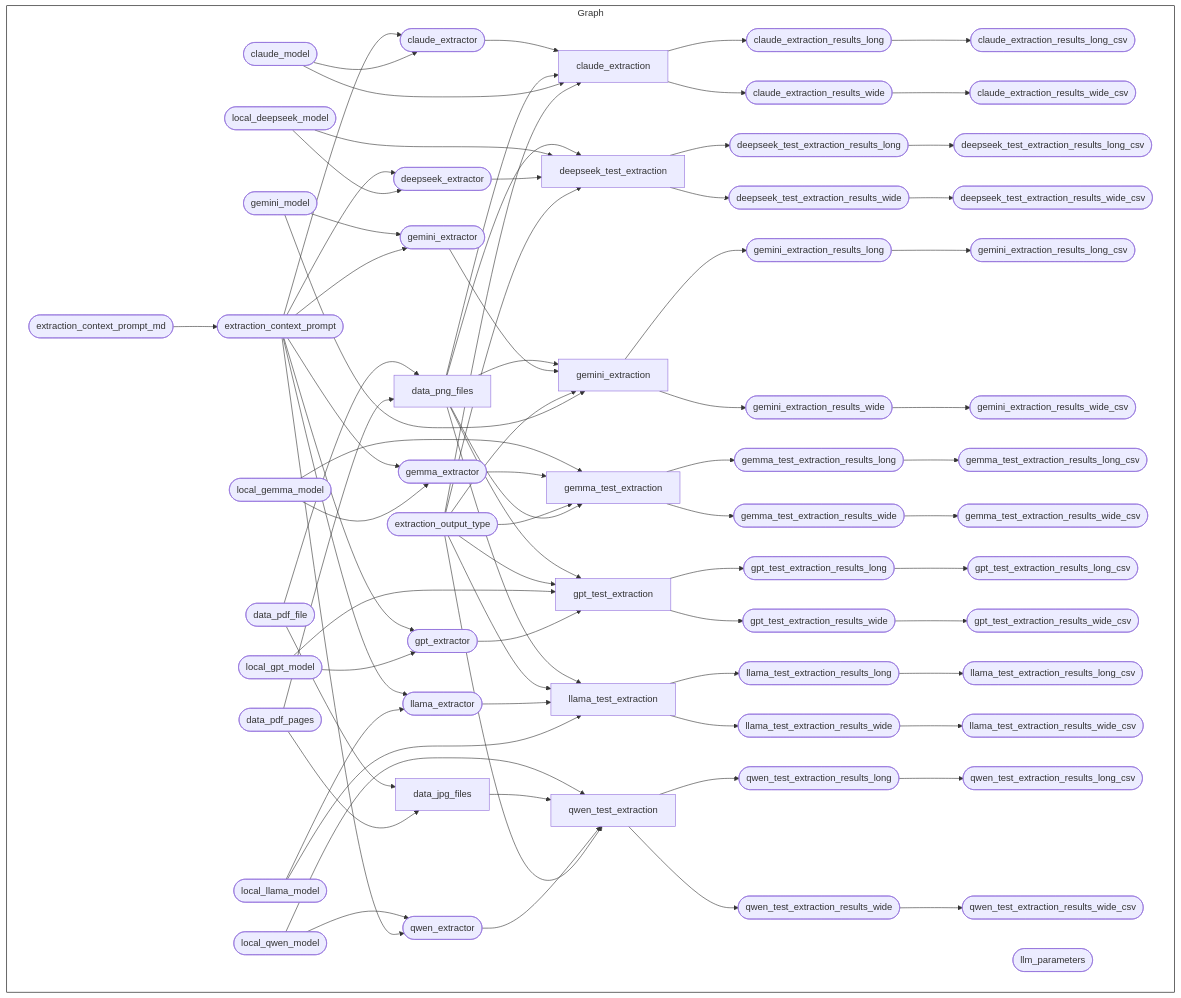
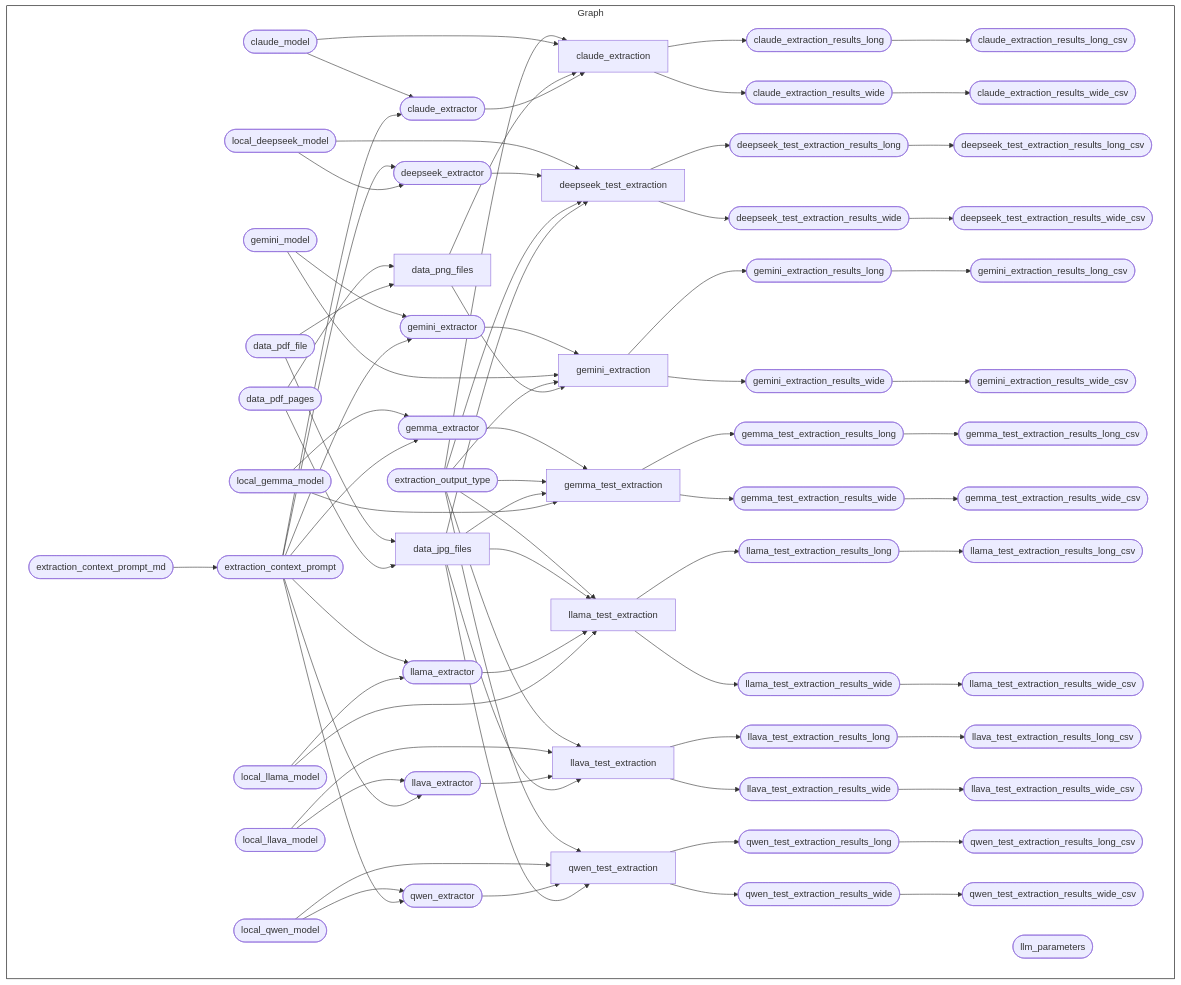
The diagram in README.md (OxfordIHTM/computer-vision-demo), drawn with Mermaid before and after one commit. The commit also changed other lines of this file and 3 other files, not shown here.

```diff
--- a/README.md
+++ b/README.md
@@ -242,66 +243,66 @@
     x2d9238b8268822f3(["claude_extraction_results_wide"]):::queued --> xe433f203ebf8c762(["claude_extraction_results_wide_csv"]):::queued
     x982a35c892e245ee(["extraction_context_prompt"]):::queued --> x35a7fe2b14fea884(["claude_extractor"]):::queued
     x39d4d013227f0dc3(["claude_model"]):::queued --> x35a7fe2b14fea884(["claude_extractor"]):::queued
+    xe79485d2cbaf929c(["data_pdf_pages"]):::skipped --> xcde58b2bce8a2260["data_jpg_files"]:::queued
     xf64c2f26e3ae28ce(["data_pdf_file"]):::skipped --> xcde58b2bce8a2260["data_jpg_files"]:::queued
-    xe79485d2cbaf929c(["data_pdf_pages"]):::skipped --> xcde58b2bce8a2260["data_jpg_files"]:::queued
     xf64c2f26e3ae28ce(["data_pdf_file"]):::skipped --> x6fd840ed377697c4["data_png_files"]:::skipped
     xe79485d2cbaf929c(["data_pdf_pages"]):::skipped --> x6fd840ed377697c4["data_png_files"]:::skipped
+    xb957a37aad5b67c5(["local_deepseek_model"]):::queued --> xf407d53739ed0632(["deepseek_extractor"]):::queued
     x982a35c892e245ee(["extraction_context_prompt"]):::queued --> xf407d53739ed0632(["deepseek_extractor"]):::queued
-    xb957a37aad5b67c5(["local_deepseek_model"]):::queued --> xf407d53739ed0632(["deepseek_extractor"]):::queued
-    x6fd840ed377697c4["data_png_files"]:::skipped --> xe59d676cc895fc8f["deepseek_test_extraction"]:::queued
+    xcde58b2bce8a2260["data_jpg_files"]:::queued --> xe59d676cc895fc8f["deepseek_test_extraction"]:::queued
+    x487a49d42720222c(["extraction_output_type"]):::queued --> xe59d676cc895fc8f["deepseek_test_extraction"]:::queued
+    xf407d53739ed0632(["deepseek_extractor"]):::queued --> xe59d676cc895fc8f["deepseek_test_extraction"]:::queued
     xb957a37aad5b67c5(["local_deepseek_model"]):::queued --> xe59d676cc895fc8f["deepseek_test_extraction"]:::queued
-    xf407d53739ed0632(["deepseek_extractor"]):::queued --> xe59d676cc895fc8f["deepseek_test_extraction"]:::queued
-    x487a49d42720222c(["extraction_output_type"]):::queued --> xe59d676cc895fc8f["deepseek_test_extraction"]:::queued
     xe59d676cc895fc8f["deepseek_test_extraction"]:::queued --> x6c665d10c6870385(["deepseek_test_extraction_results_long"]):::queued
     x6c665d10c6870385(["deepseek_test_extraction_results_long"]):::queued --> x30ec6b0f291bd945(["deepseek_test_extraction_results_long_csv"]):::queued
     xe59d676cc895fc8f["deepseek_test_extraction"]:::queued --> xa451048dda449ee3(["deepseek_test_extraction_results_wide"]):::queued
     xa451048dda449ee3(["deepseek_test_extraction_results_wide"]):::queued --> x4225704dcf8d5b90(["deepseek_test_extraction_results_wide_csv"]):::queued
     xa765f8be0f1473b7(["extraction_context_prompt_md"]):::queued --> x982a35c892e245ee(["extraction_context_prompt"]):::queued
     x6fd840ed377697c4["data_png_files"]:::skipped --> xd63226de7dd05e61["gemini_extraction"]:::queued
-    x8cb7c7e0b9710ea2(["gemini_extractor"]):::queued --> xd63226de7dd05e61["gemini_extraction"]:::queued
     x487a49d42720222c(["extraction_output_type"]):::queued --> xd63226de7dd05e61["gemini_extraction"]:::queued
     x672b0658cd7f304b(["gemini_model"]):::queued --> xd63226de7dd05e61["gemini_extraction"]:::queued
+    x8cb7c7e0b9710ea2(["gemini_extractor"]):::queued --> xd63226de7dd05e61["gemini_extraction"]:::queued
     xd63226de7dd05e61["gemini_extraction"]:::queued --> x74163c06113c69a6(["gemini_extraction_results_long"]):::queued
     x74163c06113c69a6(["gemini_extraction_results_long"]):::queued --> xe689a9e1837e69cd(["gemini_extraction_results_long_csv"]):::queued
     xd63226de7dd05e61["gemini_extraction"]:::queued --> x42136a1fb4ba6630(["gemini_extraction_results_wide"]):::queued
     x42136a1fb4ba6630(["gemini_extraction_results_wide"]):::queued --> xdc3f4afed08325fd(["gemini_extraction_results_wide_csv"]):::queued
+    x982a35c892e245ee(["extraction_context_prompt"]):::queued --> x8cb7c7e0b9710ea2(["gemini_extractor"]):::queued
     x672b0658cd7f304b(["gemini_model"]):::queued --> x8cb7c7e0b9710ea2(["gemini_extractor"]):::queued
-    x982a35c892e245ee(["extraction_context_prompt"]):::queued --> x8cb7c7e0b9710ea2(["gemini_extractor"]):::queued
     x982a35c892e245ee(["extraction_context_prompt"]):::queued --> xbdacf1efe57d11ba(["gemma_extractor"]):::queued
     xba597cd142706396(["local_gemma_model"]):::queued --> xbdacf1efe57d11ba(["gemma_extractor"]):::queued
     xba597cd142706396(["local_gemma_model"]):::queued --> x883eafa12b623704["gemma_test_extraction"]:::queued
+    xcde58b2bce8a2260["data_jpg_files"]:::queued --> x883eafa12b623704["gemma_test_extraction"]:::queued
+    x487a49d42720222c(["extraction_output_type"]):::queued --> x883eafa12b623704["gemma_test_extraction"]:::queued
     xbdacf1efe57d11ba(["gemma_extractor"]):::queued --> x883eafa12b623704["gemma_test_extraction"]:::queued
-    x487a49d42720222c(["extraction_output_type"]):::queued --> x883eafa12b623704["gemma_test_extraction"]:::queued
-    x6fd840ed377697c4["data_png_files"]:::skipped --> x883eafa12b623704["gemma_test_extraction"]:::queued
     x883eafa12b623704["gemma_test_extraction"]:::queued --> x36d8fe351758d6a9(["gemma_test_extraction_results_long"]):::queued
     x36d8fe351758d6a9(["gemma_test_extraction_results_long"]):::queued --> x1ec973b6bac53778(["gemma_test_extraction_results_long_csv"]):::queued
     x883eafa12b623704["gemma_test_extraction"]:::queued --> x0ce1edbb890bba38(["gemma_test_extraction_results_wide"]):::queued
     x0ce1edbb890bba38(["gemma_test_extraction_results_wide"]):::queued --> x387ba000a6d84241(["gemma_test_extraction_results_wide_csv"]):::queued
-    x982a35c892e245ee(["extraction_context_prompt"]):::queued --> xa26cc1fdbcc7446d(["gpt_extractor"]):::queued
-    xd91653768ab318c2(["local_gpt_model"]):::queued --> xa26cc1fdbcc7446d(["gpt_extractor"]):::queued
-    x6fd840ed377697c4["data_png_files"]:::skipped --> xbd26e8369aff188c["gpt_test_extraction"]:::queued
-    x487a49d42720222c(["extraction_output_type"]):::queued --> xbd26e8369aff188c["gpt_test_extraction"]:::queued
-    xd91653768ab318c2(["local_gpt_model"]):::queued --> xbd26e8369aff188c["gpt_test_extraction"]:::queued
-    xa26cc1fdbcc7446d(["gpt_extractor"]):::queued --> xbd26e8369aff188c["gpt_test_extraction"]:::queued
-    xbd26e8369aff188c["gpt_test_extraction"]:::queued --> xfbe513ab7981dfbe(["gpt_test_extraction_results_long"]):::queued
-    xfbe513ab7981dfbe(["gpt_test_extraction_results_long"]):::queued --> x07d06b61c43fa75f(["gpt_test_extraction_results_long_csv"]):::queued
-    xbd26e8369aff188c["gpt_test_extraction"]:::queued --> xa3d940364e8f38dd(["gpt_test_extraction_results_wide"]):::queued
-    xa3d940364e8f38dd(["gpt_test_extraction_results_wide"]):::queued --> xe97fbe3d2cc5ba2e(["gpt_test_extraction_results_wide_csv"]):::queued
+    x99f03a7148fda570(["local_llama_model"]):::queued --> xf54b87b127ae79c8(["llama_extractor"]):::queued
     x982a35c892e245ee(["extraction_context_prompt"]):::queued --> xf54b87b127ae79c8(["llama_extractor"]):::queued
-    x99f03a7148fda570(["local_llama_model"]):::queued --> xf54b87b127ae79c8(["llama_extractor"]):::queued
-    x6fd840ed377697c4["data_png_files"]:::skipped --> x292cd34918802a30["llama_test_extraction"]:::queued
+    x99f03a7148fda570(["local_llama_model"]):::queued --> x292cd34918802a30["llama_test_extraction"]:::queued
+    xf54b87b127ae79c8(["llama_extractor"]):::queued --> x292cd34918802a30["llama_test_extraction"]:::queued
+    xcde58b2bce8a2260["data_jpg_files"]:::queued --> x292cd34918802a30["llama_test_extraction"]:::queued
     x487a49d42720222c(["extraction_output_type"]):::queued --> x292cd34918802a30["llama_test_extraction"]:::queued
-    xf54b87b127ae79c8(["llama_extractor"]):::queued --> x292cd34918802a30["llama_test_extraction"]:::queued
-    x99f03a7148fda570(["local_llama_model"]):::queued --> x292cd34918802a30["llama_test_extraction"]:::queued
     x292cd34918802a30["llama_test_extraction"]:::queued --> xb195ded487b977ce(["llama_test_extraction_results_long"]):::queued
     xb195ded487b977ce(["llama_test_extraction_results_long"]):::queued --> x550e0ece622c7bdc(["llama_test_extraction_results_long_csv"]):::queued
     x292cd34918802a30["llama_test_extraction"]:::queued --> x5abecee1789838c7(["llama_test_extraction_results_wide"]):::queued
     x5abecee1789838c7(["llama_test_extraction_results_wide"]):::queued --> x4ef467aedd875f25(["llama_test_extraction_results_wide_csv"]):::queued
+    x982a35c892e245ee(["extraction_context_prompt"]):::queued --> x0de051b4924b82bb(["llava_extractor"]):::queued
+    x0621d4c5bb5ff06b(["local_llava_model"]):::queued --> x0de051b4924b82bb(["llava_extractor"]):::queued
+    xcde58b2bce8a2260["data_jpg_files"]:::queued --> x9b13583cb72b43c0["llava_test_extraction"]:::queued
+    x0de051b4924b82bb(["llava_extractor"]):::queued --> x9b13583cb72b43c0["llava_test_extraction"]:::queued
+    x0621d4c5bb5ff06b(["local_llava_model"]):::queued --> x9b13583cb72b43c0["llava_test_extraction"]:::queued
+    x487a49d42720222c(["extraction_output_type"]):::queued --> x9b13583cb72b43c0["llava_test_extraction"]:::queued
+    x9b13583cb72b43c0["llava_test_extraction"]:::queued --> x319f594111601f0f(["llava_test_extraction_results_long"]):::queued
+    x319f594111601f0f(["llava_test_extraction_results_long"]):::queued --> x2dacde614d6a9bfc(["llava_test_extraction_results_long_csv"]):::queued
+    x9b13583cb72b43c0["llava_test_extraction"]:::queued --> x43c3f787880b2df8(["llava_test_extraction_results_wide"]):::queued
+    x43c3f787880b2df8(["llava_test_extraction_results_wide"]):::queued --> xb18bb5f97a082448(["llava_test_extraction_results_wide_csv"]):::queued
+    x982a35c892e245ee(["extraction_context_prompt"]):::queued --> x15a3fb4d9a651239(["qwen_extractor"]):::queued
     x01ce8cbced893885(["local_qwen_model"]):::queued --> x15a3fb4d9a651239(["qwen_extractor"]):::queued
-    x982a35c892e245ee(["extraction_context_prompt"]):::queued --> x15a3fb4d9a651239(["qwen_extractor"]):::queued
-    x01ce8cbced893885(["local_qwen_model"]):::queued --> xd726feef05e5de04["qwen_test_extraction"]:::queued
     xcde58b2bce8a2260["data_jpg_files"]:::queued --> xd726feef05e5de04["qwen_test_extraction"]:::queued
     x15a3fb4d9a651239(["qwen_extractor"]):::queued --> xd726feef05e5de04["qwen_test_extraction"]:::queued
+    x01ce8cbced893885(["local_qwen_model"]):::queued --> xd726feef05e5de04["qwen_test_extraction"]:::queued
     x487a49d42720222c(["extraction_output_type"]):::queued --> xd726feef05e5de04["qwen_test_extraction"]:::queued
     xd726feef05e5de04["qwen_test_extraction"]:::queued --> xf4353db910e1d59b(["qwen_test_extraction_results_long"]):::queued
     xf4353db910e1d59b(["qwen_test_extraction_results_long"]):::queued --> x3988122db08b148d(["qwen_test_extraction_results_long_csv"]):::queued
```
